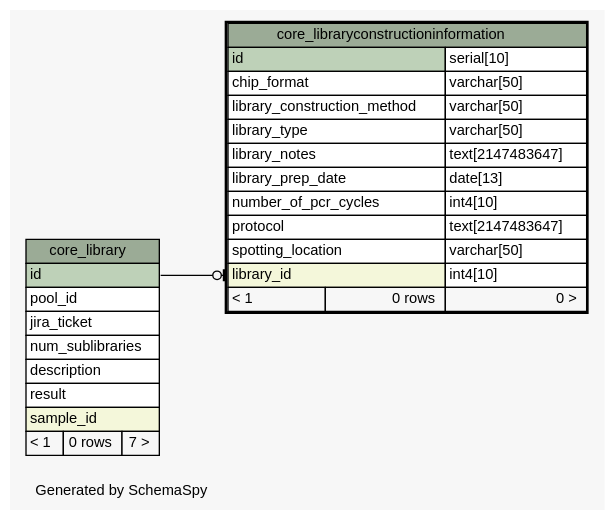
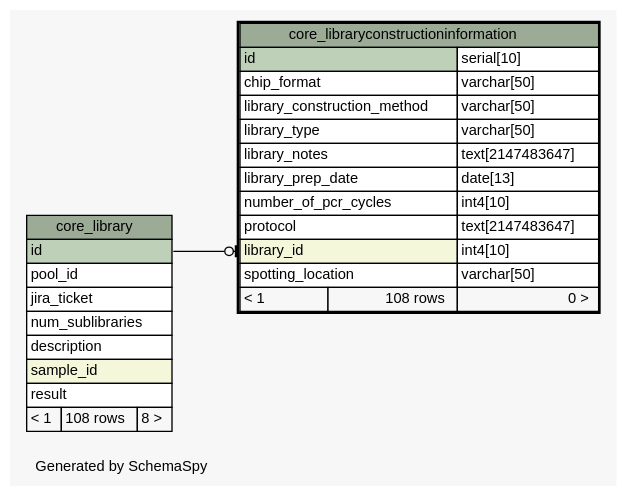
Before and after one commit to molonc/colossus: the diagram in db-schema/diagrams/core_libraryconstructioninformation.1degree.dot, drawn with Graphviz. The commit also changed 159 other files, not shown here.

Commit message:
KRONOS-258 database schema update

```diff
--- a/db-schema/diagrams/core_libraryconstructioninformation.1degree.dot
+++ b/db-schema/diagrams/core_libraryconstructioninformation.1degree.dot
@@ -1,58 +1,58 @@
 // dot 2.36.0 on Mac OS X 10.9.5
 // SchemaSpy rev 590
 digraph "oneDegreeRelationshipsDiagram" {
   graph [
     rankdir="RL"
     bgcolor="#f7f7f7"
     label="\nGenerated by SchemaSpy"
     labeljust="l"
     nodesep="0.18"
     ranksep="0.46"
     fontname="Helvetica"
     fontsize="11"
   ];
   node [
     fontname="Helvetica"
     fontsize="11"
     shape="plaintext"
   ];
   edge [
     arrowsize="0.8"
   ];
   "core_libraryconstructioninformation":"library_id":w -> "core_library":"id":e [arrowhead=none dir=back arrowtail=teeodot];
   "core_library" [
     label=<
     <TABLE BORDER="0" CELLBORDER="1" CELLSPACING="0" BGCOLOR="#ffffff">
       <TR><TD COLSPAN="3" BGCOLOR="#9bab96" ALIGN="CENTER">core_library</TD></TR>
       <TR><TD PORT="id" COLSPAN="3" BGCOLOR="#bed1b8" ALIGN="LEFT">id</TD></TR>
       <TR><TD PORT="pool_id" COLSPAN="3" ALIGN="LEFT">pool_id</TD></TR>
       <TR><TD PORT="jira_ticket" COLSPAN="3" ALIGN="LEFT">jira_ticket</TD></TR>
       <TR><TD PORT="num_sublibraries" COLSPAN="3" ALIGN="LEFT">num_sublibraries</TD></TR>
       <TR><TD PORT="description" COLSPAN="3" ALIGN="LEFT">description</TD></TR>
+      <TR><TD PORT="sample_id" COLSPAN="3" BGCOLOR="#f4f7da" ALIGN="LEFT">sample_id</TD></TR>
       <TR><TD PORT="result" COLSPAN="3" ALIGN="LEFT">result</TD></TR>
-      <TR><TD PORT="sample_id" COLSPAN="3" BGCOLOR="#f4f7da" ALIGN="LEFT">sample_id</TD></TR>
-      <TR><TD ALIGN="LEFT" BGCOLOR="#f7f7f7">&lt; 1</TD><TD ALIGN="RIGHT" BGCOLOR="#f7f7f7">0 rows</TD><TD ALIGN="RIGHT" BGCOLOR="#f7f7f7">7 &gt;</TD></TR>
+      <TR><TD ALIGN="LEFT" BGCOLOR="#f7f7f7">&lt; 1</TD><TD ALIGN="RIGHT" BGCOLOR="#f7f7f7">108 rows</TD><TD ALIGN="RIGHT" BGCOLOR="#f7f7f7">8 &gt;</TD></TR>
     </TABLE>>
     URL="core_library.html"
     tooltip="core_library"
   ];
   "core_libraryconstructioninformation" [
     label=<
     <TABLE BORDER="2" CELLBORDER="1" CELLSPACING="0" BGCOLOR="#ffffff">
       <TR><TD COLSPAN="3" BGCOLOR="#9bab96" ALIGN="CENTER">core_libraryconstructioninformation</TD></TR>
       <TR><TD PORT="id" COLSPAN="2" BGCOLOR="#bed1b8" ALIGN="LEFT">id</TD><TD PORT="id.type" ALIGN="LEFT">serial[10]</TD></TR>
       <TR><TD PORT="chip_format" COLSPAN="2" ALIGN="LEFT">chip_format</TD><TD PORT="chip_format.type" ALIGN="LEFT">varchar[50]</TD></TR>
       <TR><TD PORT="library_construction_method" COLSPAN="2" ALIGN="LEFT">library_construction_method</TD><TD PORT="library_construction_method.type" ALIGN="LEFT">varchar[50]</TD></TR>
       <TR><TD PORT="library_type" COLSPAN="2" ALIGN="LEFT">library_type</TD><TD PORT="library_type.type" ALIGN="LEFT">varchar[50]</TD></TR>
       <TR><TD PORT="library_notes" COLSPAN="2" ALIGN="LEFT">library_notes</TD><TD PORT="library_notes.type" ALIGN="LEFT">text[2147483647]</TD></TR>
       <TR><TD PORT="library_prep_date" COLSPAN="2" ALIGN="LEFT">library_prep_date</TD><TD PORT="library_prep_date.type" ALIGN="LEFT">date[13]</TD></TR>
       <TR><TD PORT="number_of_pcr_cycles" COLSPAN="2" ALIGN="LEFT">number_of_pcr_cycles</TD><TD PORT="number_of_pcr_cycles.type" ALIGN="LEFT">int4[10]</TD></TR>
       <TR><TD PORT="protocol" COLSPAN="2" ALIGN="LEFT">protocol</TD><TD PORT="protocol.type" ALIGN="LEFT">text[2147483647]</TD></TR>
+      <TR><TD PORT="library_id" COLSPAN="2" BGCOLOR="#f4f7da" ALIGN="LEFT">library_id</TD><TD PORT="library_id.type" ALIGN="LEFT">int4[10]</TD></TR>
       <TR><TD PORT="spotting_location" COLSPAN="2" ALIGN="LEFT">spotting_location</TD><TD PORT="spotting_location.type" ALIGN="LEFT">varchar[50]</TD></TR>
-      <TR><TD PORT="library_id" COLSPAN="2" BGCOLOR="#f4f7da" ALIGN="LEFT">library_id</TD><TD PORT="library_id.type" ALIGN="LEFT">int4[10]</TD></TR>
-      <TR><TD ALIGN="LEFT" BGCOLOR="#f7f7f7">&lt; 1</TD><TD ALIGN="RIGHT" BGCOLOR="#f7f7f7">0 rows</TD><TD ALIGN="RIGHT" BGCOLOR="#f7f7f7">0 &gt;</TD></TR>
+      <TR><TD ALIGN="LEFT" BGCOLOR="#f7f7f7">&lt; 1</TD><TD ALIGN="RIGHT" BGCOLOR="#f7f7f7">108 rows</TD><TD ALIGN="RIGHT" BGCOLOR="#f7f7f7">0 &gt;</TD></TR>
     </TABLE>>
     URL="core_libraryconstructioninformation.html"
     tooltip="core_libraryconstructioninformation"
   ];
 }
```
